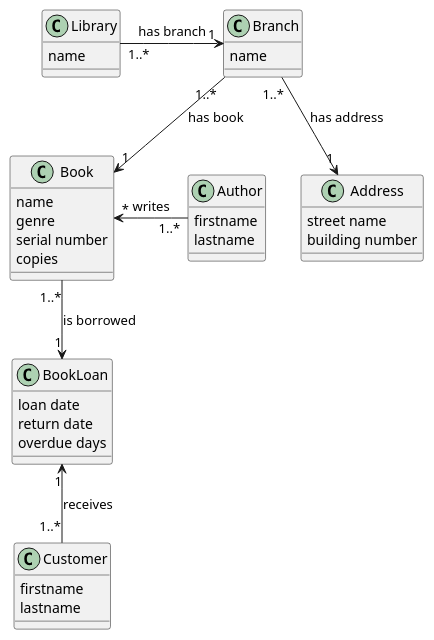
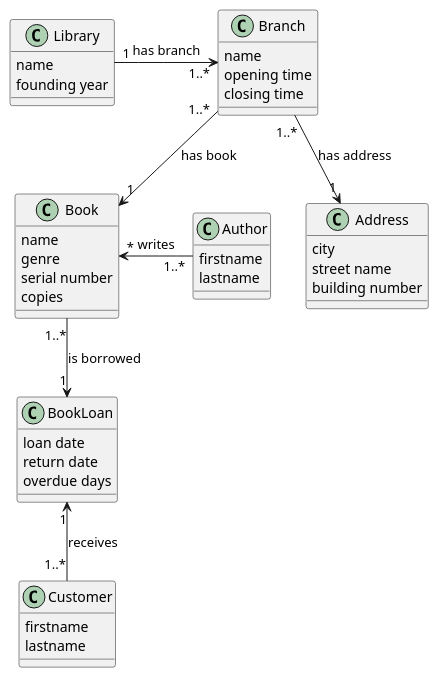
The diagram in concept.pu (robinsonOdhiambo/DataOnTheWeb), drawn with PlantUML before and after one commit. The commit also changed 9 other files, not shown here.

```diff
--- a/concept.pu
+++ b/concept.pu
@@ -1,46 +1,50 @@
 @startuml  
 
 class Library {
     name
+    founding year 
 }
 
 class Branch {
     name
+    opening time
+    closing time
 }
 
 class Address {
+    city
     street name
     building number
 }
 
 class Book {
     name
     genre
     serial number
     copies
 }
 
 class Author {
     firstname
     lastname
 }
 
 class Customer {
     firstname
     lastname
 }
 
 class BookLoan {
     loan date
     return date
     overdue days
 }
 
-Library "1..*" -> "1" Branch : has branch
+Library "1" -> "1..*" Branch : has branch
 Branch "1..*" --> "1" Address : has address
 Branch "1..*" -down-> "1" Book : has book
 Author "1..*" -> "*" Book : writes
 Book "1..*" -down-> "1" BookLoan : is borrowed
 Customer "1..*" -up-> "1" BookLoan : receives
 
 @enduml
```
